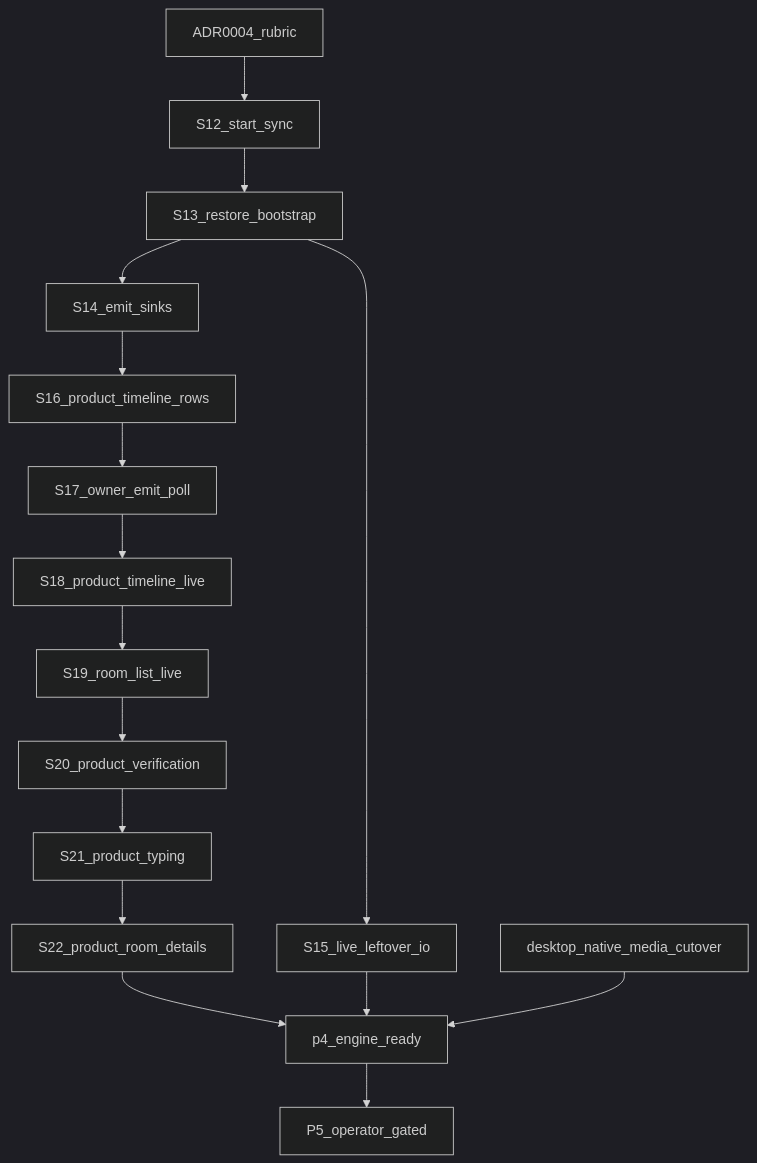
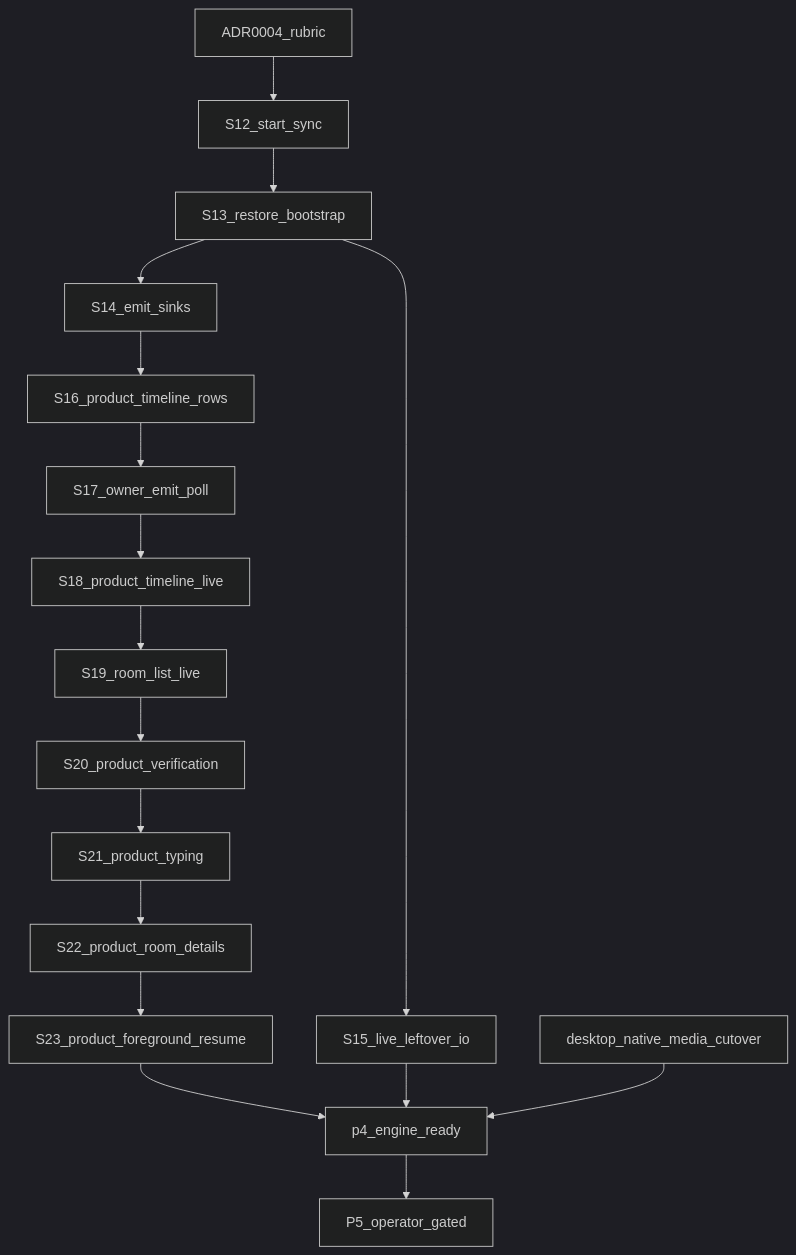
The diagram in docs/shared-native-core/13-language-boundary-goal-graph.md (nepenth/synara-desktop), drawn with Mermaid (dark theme) before and after one commit. The commit also changed other lines of this file and 4 other files, not shown here.

First line of the commit message:
feat(ios): resume SharedCore sync on foreground (P4-S23)

````diff
--- a/docs/shared-native-core/13-language-boundary-goal-graph.md
+++ b/docs/shared-native-core/13-language-boundary-goal-graph.md
@@ -46,34 +46,36 @@
 ```mermaid
 flowchart TD
   adr0004[ADR0004_rubric]
   s12[S12_start_sync]
   s13[S13_restore_bootstrap]
   s14[S14_emit_sinks]
   s15[S15_live_leftover_io]
   s16[S16_product_timeline_rows]
   s17[S17_owner_emit_poll]
   s18[S18_product_timeline_live]
   s19[S19_room_list_live]
   s20[S20_product_verification]
   s21[S21_product_typing]
   s22[S22_product_room_details]
+  s23[S23_product_foreground_resume]
   media[desktop_native_media_cutover]
   done[p4_engine_ready]
   p5[P5_operator_gated]
 
   adr0004 --> s12
   s12 --> s13
   s13 --> s14
   s13 --> s15
   s14 --> s16
   s16 --> s17
   s17 --> s18
   s18 --> s19
   s19 --> s20
   s20 --> s21
   s21 --> s22
-  s22 --> done
+  s22 --> s23
+  s23 --> done
   s15 --> done
   media --> done
   done --> p5
 ```
````
